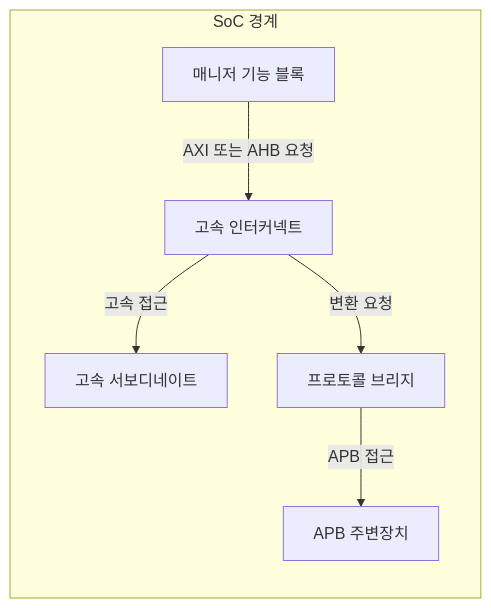
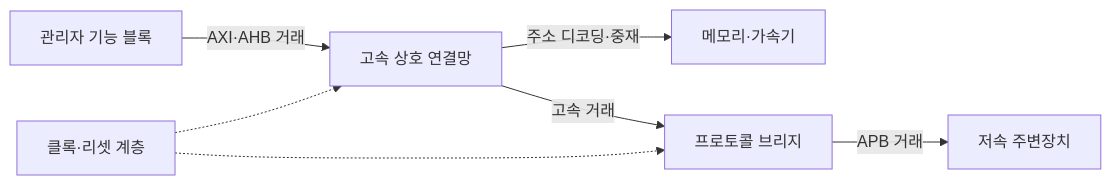
Before and after one commit to agnusdei1207/knowledge-base: the diagram in src/content/docs/notes/02-hardware/078_amba_bus_protocol.md, drawn with Mermaid. The commit also changed other lines of this file and 6 other files, not shown here.

````diff
--- a/src/content/docs/notes/02-hardware/078_amba_bus_protocol.md
+++ b/src/content/docs/notes/02-hardware/078_amba_bus_protocol.md
@@ -57,14 +57,9 @@
 ```mermaid
 flowchart LR
-    subgraph SOC[SoC 경계]
-        M["매니저 기능 블록"]
-        H["고속 인터커넥트"]
-        S["고속 서보디네이트"]
-        B["프로토콜 브리지"]
-        P["APB 주변장치"]
-        M -->|AXI 또는 AHB 요청| H
-        H -->|고속 접근| S
-        H -->|변환 요청| B
-        B -->|APB 접근| P
-    end
+    M[관리자 기능 블록] -->|AXI·AHB 거래| I[고속 상호 연결망]
+    I -->|주소 디코딩·중재| S[메모리·가속기]
+    I -->|고속 거래| B[프로토콜 브리지]
+    B -->|APB 거래| P[저속 주변장치]
+    C[클록·리셋 계층] -.-> I
+    C -.-> B
 ```
````
